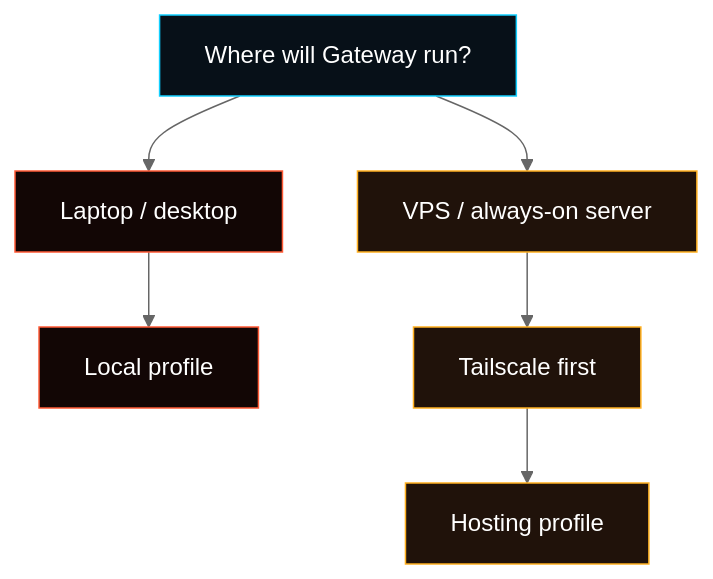
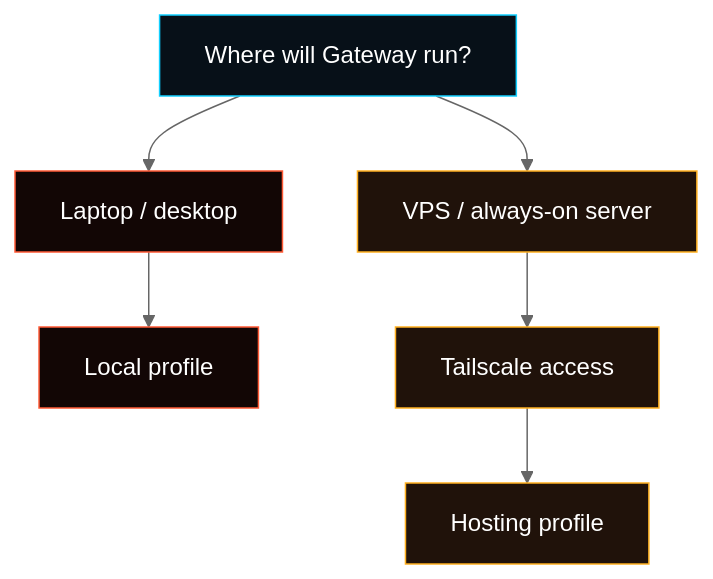
Before and after one commit to fased-ai/fased: the diagram in docs/start/setup-matrix.md, drawn with Mermaid (neutral theme). The commit also changed other lines of this file and 11 other files, not shown here.

````diff
--- a/docs/start/setup-matrix.md
+++ b/docs/start/setup-matrix.md
@@ -20,15 +20,15 @@
 ```mermaid
 flowchart TD
   machine["Where will Gateway run?"] --> local["Laptop / desktop"]
   machine --> hosting["VPS / always-on server"]
   local --> localProfile["Local profile"]
-  hosting --> tailscale["Tailscale first"]
+  hosting --> tailscale["Tailscale access"]
   tailscale --> hostingProfile["Hosting profile"]
 
   classDef question fill:#071018,stroke:#12cfff,color:#ffffff;
   classDef localLane fill:#120605,stroke:#ff5a36,color:#ffffff;
   classDef hostLane fill:#20120a,stroke:#ffb020,color:#ffffff;
   class machine question;
   class local,localProfile localLane;
   class hosting,tailscale,hostingProfile hostLane;
 ```
````
